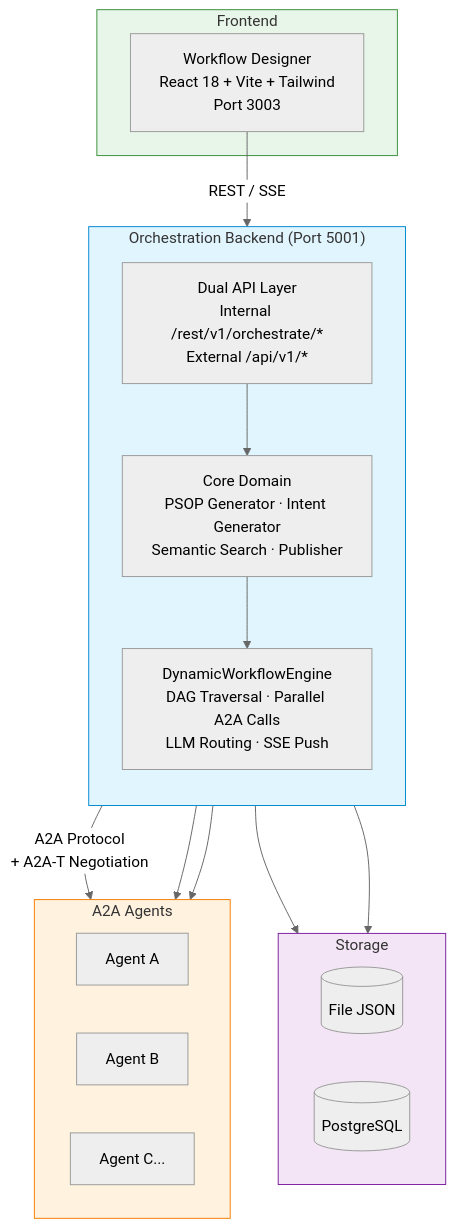
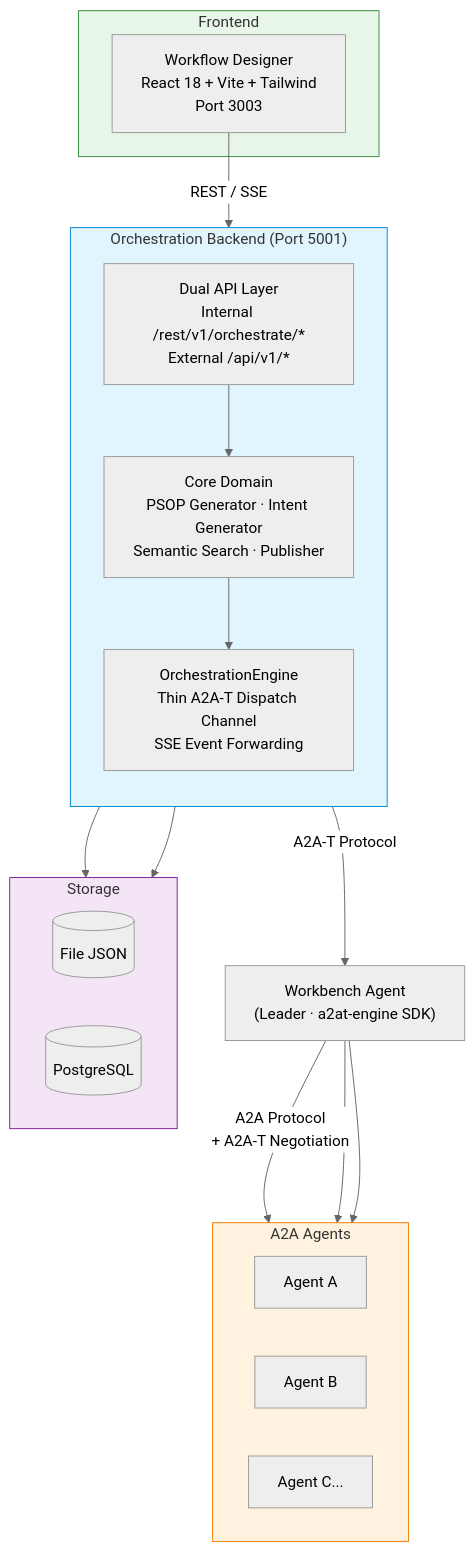
Before and after one commit to Zhoujie628/orchestration-center: the second of 2 diagrams in README.md, drawn with Mermaid (neutral theme). The commit also changed other lines of this file and 27 other files, not shown here.

````diff
--- a/README.md
+++ b/README.md
@@ -193,40 +193,41 @@
 ```mermaid
 flowchart TB
     subgraph frontend["Frontend"]
         wd["Workflow Designer<br/>React 18 + Vite + Tailwind<br/>Port 3003"]
     end
 
     subgraph backend["Orchestration Backend (Port 5001)"]
         direction TB
         api["Dual API Layer<br/>Internal /rest/v1/orchestrate/*<br/>External /api/v1/*"]
         domain["Core Domain<br/>PSOP Generator · Intent Generator<br/>Semantic Search · Publisher"]
-        engine["DynamicWorkflowEngine<br/>DAG Traversal · Parallel A2A Calls<br/>LLM Routing · SSE Push"]
+        engine["OrchestrationEngine<br/>Thin A2A-T Dispatch Channel<br/>SSE Event Forwarding"]
     end
 
     subgraph storage["Storage"]
         direction LR
         file[("File JSON")]
         pg[("PostgreSQL")]
     end
 
     subgraph agents["A2A Agents"]
         direction LR
         a1["Agent A"]
         a2["Agent B"]
         a3["Agent C..."]
     end
 
     wd -->|"REST / SSE"| api
     api --> domain
     domain --> engine
     engine --> file
     engine --> pg
-    engine -->|"A2A Protocol<br/>+ A2A-T Negotiation"| a1
-    engine --> a2
-    engine --> a3
+    engine -->|"A2A-T Protocol"| wb["Workbench Agent<br/>(Leader · a2at-engine SDK)"]
+    wb -->|"A2A Protocol<br/>+ A2A-T Negotiation"| a1
+    wb --> a2
+    wb --> a3
 
     style backend fill:#e1f5fe,stroke:#0288d1
     style frontend fill:#e8f5e9,stroke:#388e3c
     style storage fill:#f3e5f5,stroke:#7b1fa2
     style agents fill:#fff3e0,stroke:#f57c00
 ```
````
